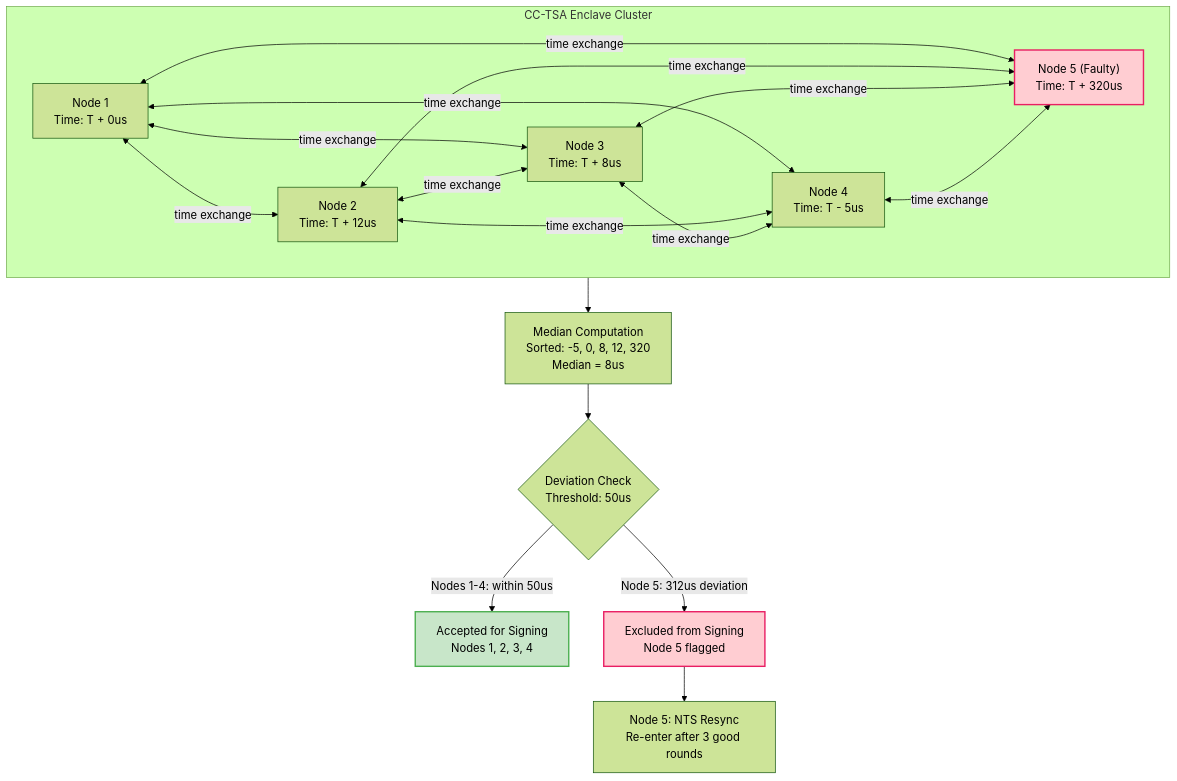
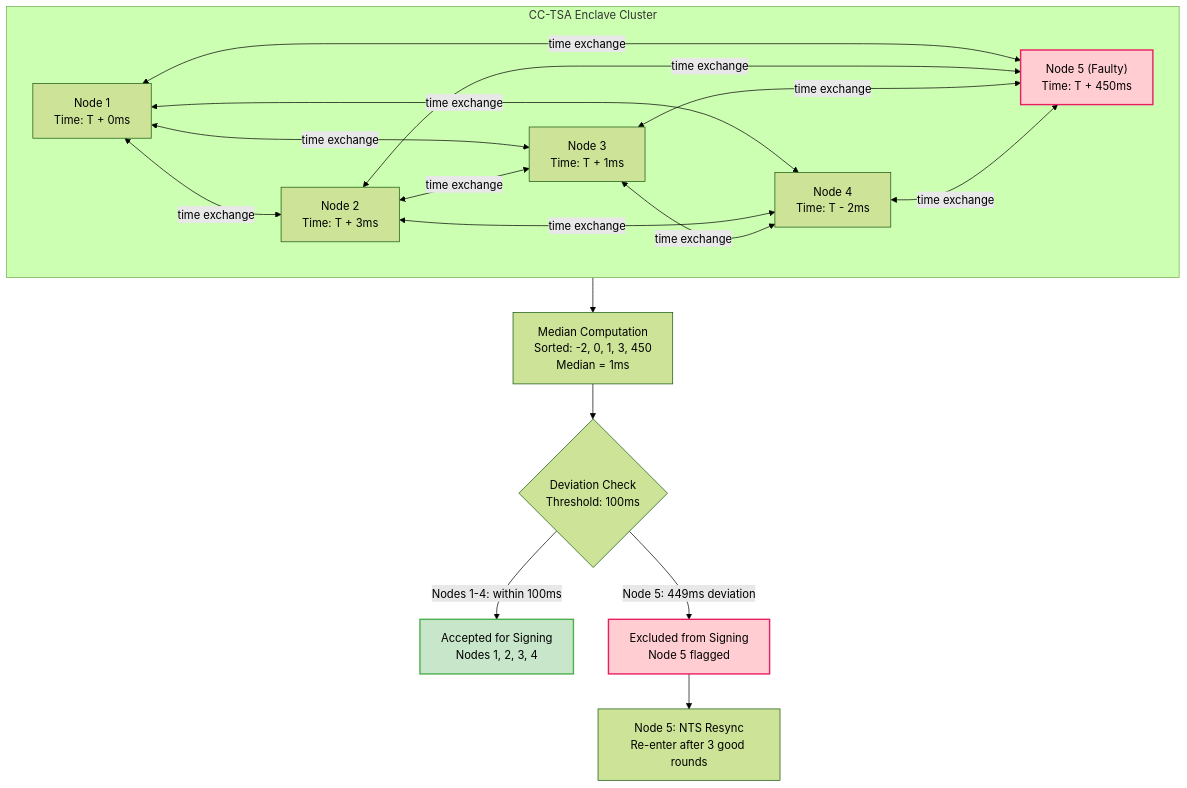
Before and after one commit to NickBorgers/confidential-computing-tsa: the third of 4 diagrams in docs/02-confidential-computing-and-time.md, drawn with Mermaid (forest theme). The commit also changed other lines of this file and 8 other files, not shown here.

````diff
--- a/docs/02-confidential-computing-and-time.md
+++ b/docs/02-confidential-computing-and-time.md
@@ -369,34 +369,34 @@
 ```mermaid
 flowchart TB
     subgraph Cluster["CC-TSA Enclave Cluster"]
-        N1["Node 1<br/>Time: T + 0us"]
-        N2["Node 2<br/>Time: T + 12us"]
-        N3["Node 3<br/>Time: T + 8us"]
-        N4["Node 4<br/>Time: T - 5us"]
-        N5["Node 5 (Faulty)<br/>Time: T + 320us"]
+        N1["Node 1<br/>Time: T + 0ms"]
+        N2["Node 2<br/>Time: T + 3ms"]
+        N3["Node 3<br/>Time: T + 1ms"]
+        N4["Node 4<br/>Time: T - 2ms"]
+        N5["Node 5 (Faulty)<br/>Time: T + 450ms"]
     end
 
     N1 <-->|"time exchange"| N2
     N1 <-->|"time exchange"| N3
     N1 <-->|"time exchange"| N4
     N1 <-->|"time exchange"| N5
     N2 <-->|"time exchange"| N3
     N2 <-->|"time exchange"| N4
     N2 <-->|"time exchange"| N5
     N3 <-->|"time exchange"| N4
     N3 <-->|"time exchange"| N5
     N4 <-->|"time exchange"| N5
 
-    Cluster --> COMPUTE["Median Computation<br/>Sorted: -5, 0, 8, 12, 320<br/>Median = 8us"]
+    Cluster --> COMPUTE["Median Computation<br/>Sorted: -2, 0, 1, 3, 450<br/>Median = 1ms"]
 
-    COMPUTE --> CHECK{"Deviation Check<br/>Threshold: 50us"}
+    COMPUTE --> CHECK{"Deviation Check<br/>Threshold: 100ms"}
 
-    CHECK -->|"Nodes 1-4: within 50us"| ACCEPT["Accepted for Signing<br/>Nodes 1, 2, 3, 4"]
-    CHECK -->|"Node 5: 312us deviation"| REJECT["Excluded from Signing<br/>Node 5 flagged"]
+    CHECK -->|"Nodes 1-4: within 100ms"| ACCEPT["Accepted for Signing<br/>Nodes 1, 2, 3, 4"]
+    CHECK -->|"Node 5: 449ms deviation"| REJECT["Excluded from Signing<br/>Node 5 flagged"]
 
     REJECT --> RESYNC["Node 5: NTS Resync<br/>Re-enter after 3 good rounds"]
 
     style N5 fill:#ffcdd2,stroke:#E91E63,stroke-width:2px
     style REJECT fill:#ffcdd2,stroke:#E91E63,stroke-width:2px
     style ACCEPT fill:#c8e6c9,stroke:#4CAF50,stroke-width:2px
 ```
````
